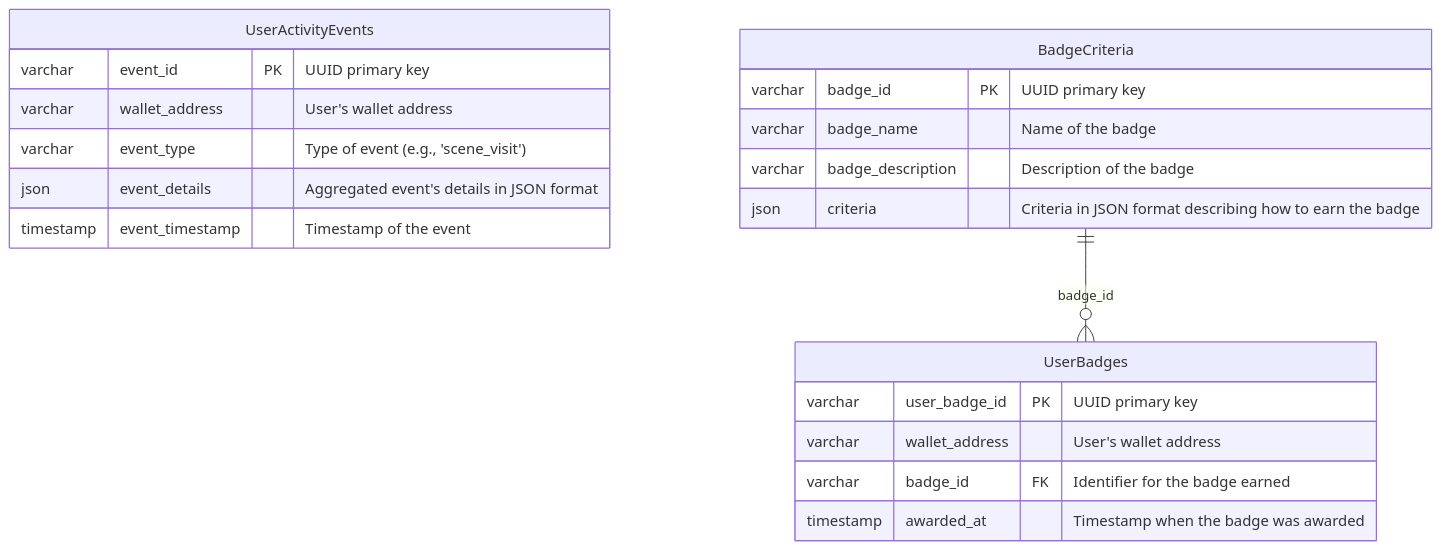
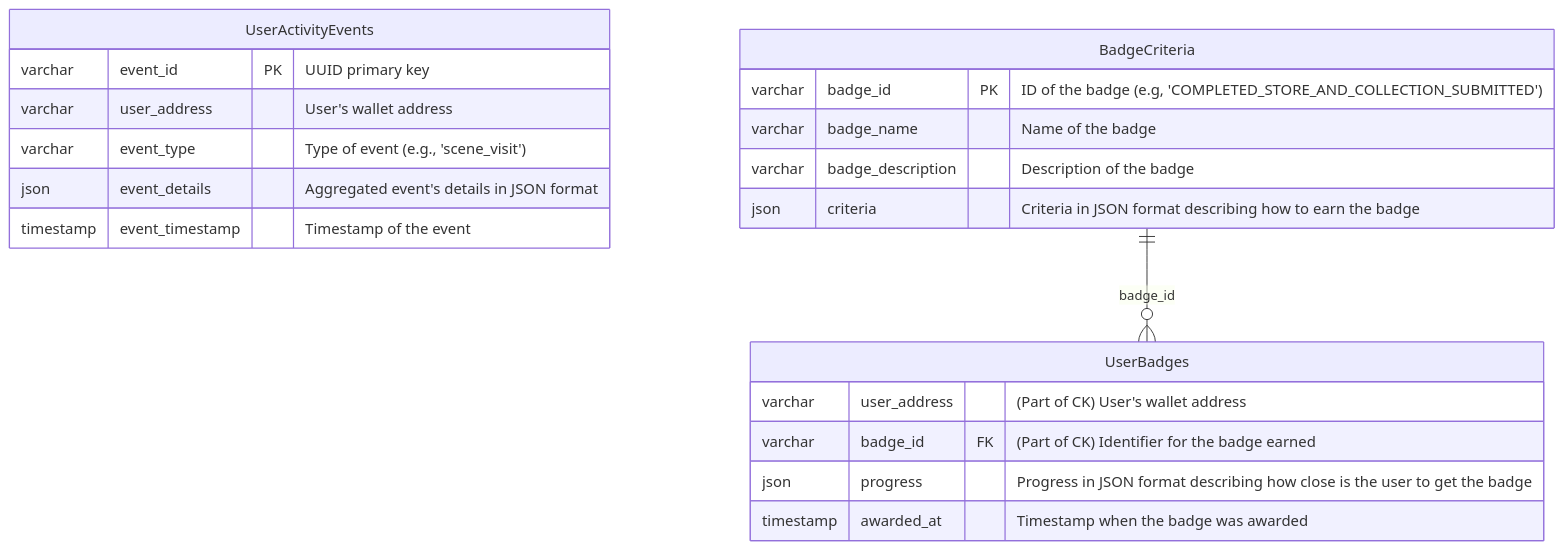
Before and after one commit to decentraland/badges: the diagram in README.md, drawn with Mermaid. The commit also changed 23 other files, not shown here.

````diff
--- a/README.md
+++ b/README.md
@@ -5,24 +5,24 @@
 ```mermaid
 erDiagram
     UserActivityEvents {
         varchar event_id PK "UUID primary key"
-        varchar wallet_address "User's wallet address"
+        varchar user_address "User's wallet address"
         varchar event_type "Type of event (e.g., 'scene_visit')"
         json event_details "Aggregated event's details in JSON format"
         timestamp event_timestamp "Timestamp of the event"
     }
     BadgeCriteria {
-        varchar badge_id PK "UUID primary key"
+        varchar badge_id PK "ID of the badge (e.g, 'COMPLETED_STORE_AND_COLLECTION_SUBMITTED')"
         varchar badge_name "Name of the badge"
         varchar badge_description "Description of the badge"
         json criteria "Criteria in JSON format describing how to earn the badge"
     }
     UserBadges {
-        varchar user_badge_id PK "UUID primary key"
-        varchar wallet_address "User's wallet address"
-        varchar badge_id FK "Identifier for the badge earned"
+        varchar user_address "(Part of CK) User's wallet address"
+        varchar badge_id FK "(Part of CK) Identifier for the badge earned"
+        json progress "Progress in JSON format describing how close is the user to get the badge"
         timestamp awarded_at "Timestamp when the badge was awarded"
     }
 
     BadgeCriteria ||--o{ UserBadges : "badge_id"
 ```
````
